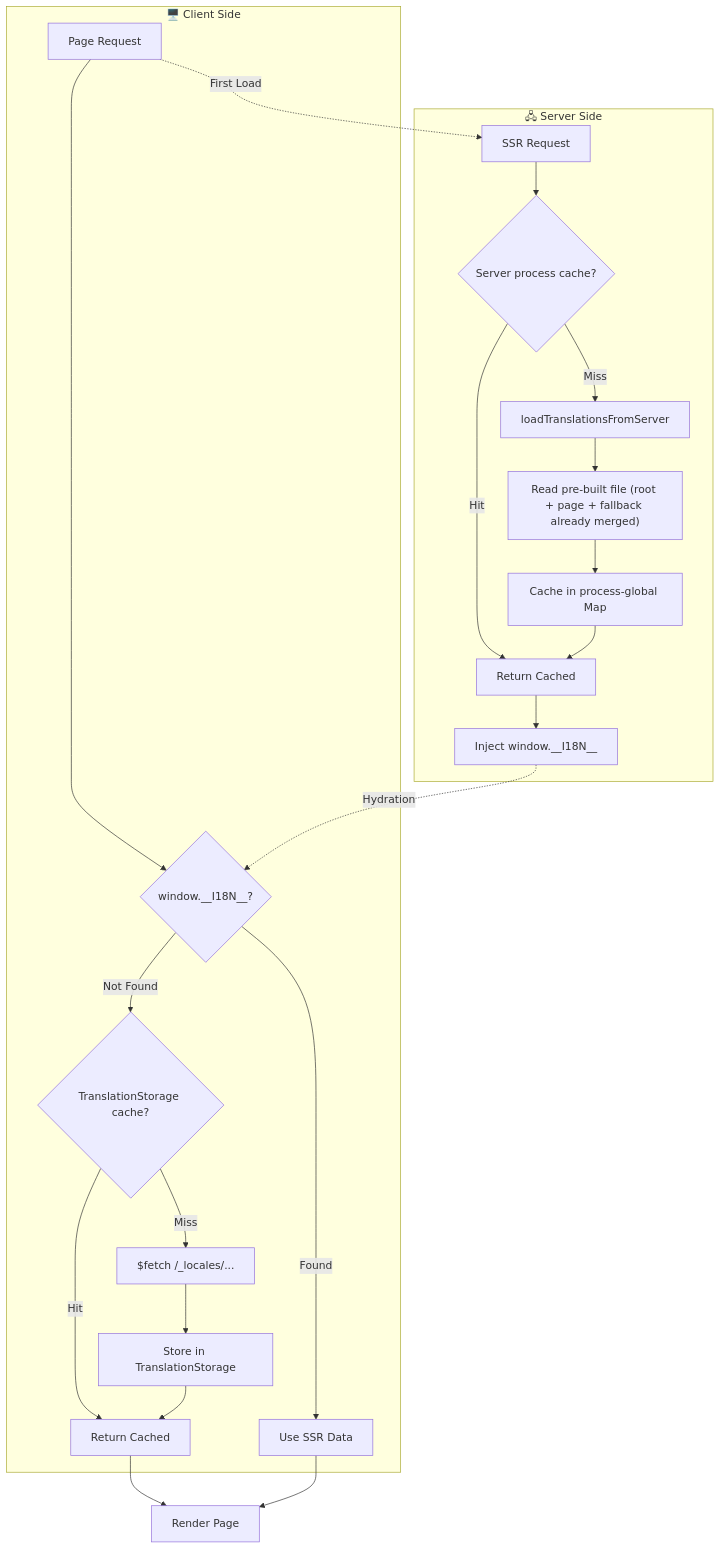
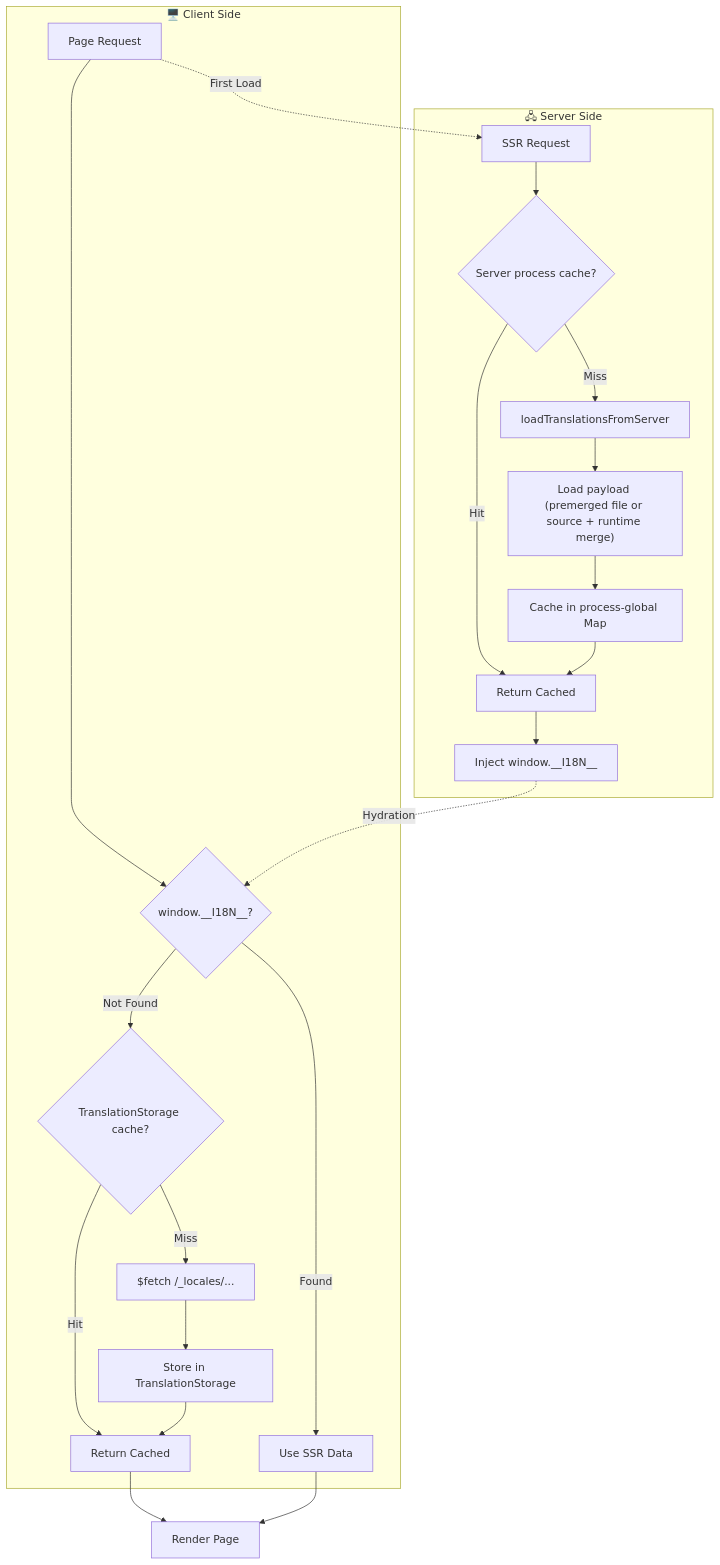
Before and after one commit to s00d/nuxt-i18n-micro: the second of 2 diagrams in docs/guide/getting-started.md, drawn with Mermaid. The commit also changed other lines of this file and 21 other files, not shown here.

````diff
--- a/docs/guide/getting-started.md
+++ b/docs/guide/getting-started.md
@@ -1084,27 +1112,27 @@
 ```mermaid
 flowchart TB
     subgraph Client["🖥️ Client Side"]
         A[Page Request] --> B{window.__I18N__?}
         B -->|Found| C[Use SSR Data]
         B -->|Not Found| D{TranslationStorage cache?}
         D -->|Hit| E[Return Cached]
         D -->|Miss| F["$fetch /_locales/..."]
         F --> G[Store in TranslationStorage]
         G --> E
     end
 
     subgraph Server["🖧 Server Side"]
         H[SSR Request] --> I{Server process cache?}
         I -->|Hit| J[Return Cached]
         I -->|Miss| K[loadTranslationsFromServer]
-        K --> L["Read pre-built file (root + page + fallback already merged)"]
+        K --> L["Load payload (premerged file or source + runtime merge)"]
         L --> M[Cache in process-global Map]
         M --> J
         J --> N["Inject window.__I18N__"]
     end
 
     A -.->|First Load| H
     N -.->|Hydration| B
     E --> O[Render Page]
     C --> O
 ```
````
